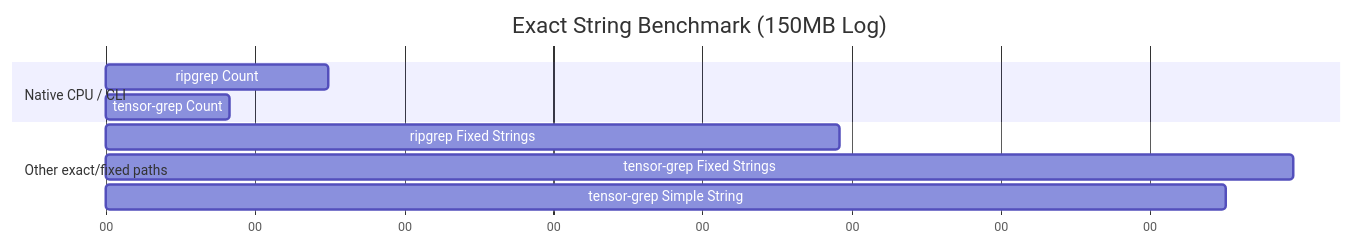
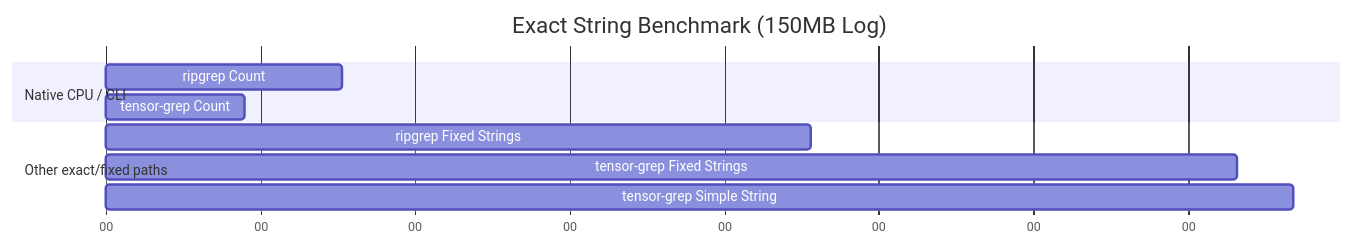
The third of 3 diagrams in docs/PAPER.md (oimiragieo/tensor-grep), drawn with Mermaid before and after one commit. The commit also changed other lines of this file and 9 other files, not shown here.

````diff
--- a/docs/PAPER.md
+++ b/docs/PAPER.md
@@ -127,15 +127,15 @@
 ```mermaid
 gantt
     title Exact String Benchmark (150MB Log)
     dateFormat  s
     axisFormat %S
     
     section Native CPU / CLI
-    ripgrep Count              :a1, 0, 0.149s
-    tensor-grep Count          :a2, 0, 0.083s
+    ripgrep Count              :a1, 0, 0.153s
+    tensor-grep Count          :a2, 0, 0.090s
     
     section Other exact/fixed paths
-    ripgrep Fixed Strings      :a3, 0, 0.492s
-    tensor-grep Fixed Strings  :a4, 0, 0.796s
-    tensor-grep Simple String  :a5, 0, 0.751s
+    ripgrep Fixed Strings      :a3, 0, 0.456s
+    tensor-grep Fixed Strings  :a4, 0, 0.732s
+    tensor-grep Simple String  :a5, 0, 0.768s
 ```
````
